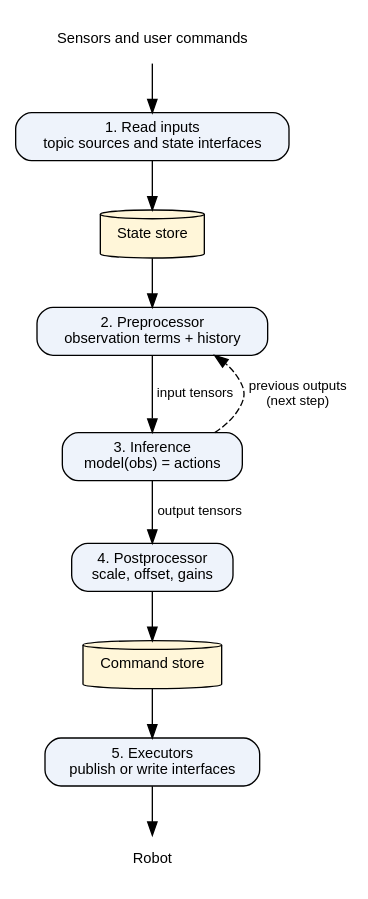
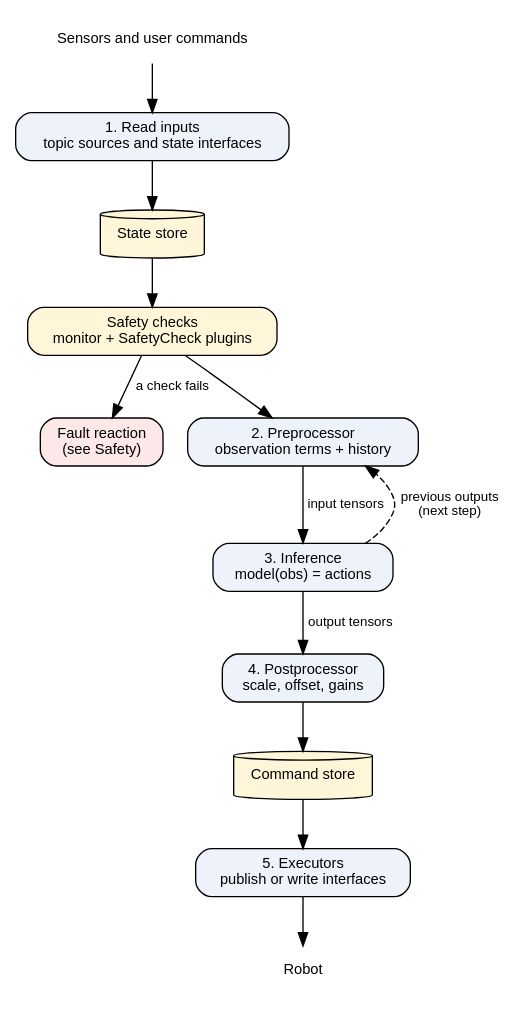
Before and after one commit to saikishor/ros2_policy_framework: the diagram in docs/data_flow.rst, drawn with Graphviz. The commit also changed other lines of this file and 6 other files, not shown here.

Commit message:
Document the safety parameters, the fault reactions of the node and what the controller lacks

```diff
--- a/docs/data_flow.rst
+++ b/docs/data_flow.rst
@@ -57,23 +57,26 @@
 .. graphviz::
 
    digraph step {
      rankdir=TB;
      node [shape=box, style="rounded,filled", fillcolor="#eef3fb", fontname="Helvetica", fontsize=11];
      edge [fontname="Helvetica", fontsize=10];
 
      sensors [label="Sensors and user commands", shape=plaintext, fillcolor=none];
      read [label="1. Read inputs\ntopic sources and state interfaces"];
      state [label="State store", shape=cylinder, fillcolor="#fff6d9"];
+     safety [label="Safety checks\nmonitor + SafetyCheck plugins", fillcolor="#fff6d9"];
+     fault [label="Fault reaction\n(see Safety)", fillcolor="#fde8e8"];
      pre [label="2. Preprocessor\nobservation terms + history"];
      inf [label="3. Inference\nmodel(obs) = actions"];
      post [label="4. Postprocessor\nscale, offset, gains"];
      commands [label="Command store", shape=cylinder, fillcolor="#fff6d9"];
      exec [label="5. Executors\npublish or write interfaces"];
      robot [label="Robot", shape=plaintext, fillcolor=none];
 
-     sensors -> read -> state -> pre;
+     sensors -> read -> state -> safety -> pre;
+     safety -> fault [label="a check fails"];
      pre -> inf [label="input tensors"];
      inf -> post [label="output tensors"];
      post -> commands -> exec -> robot;
      inf -> pre [label="previous outputs\n(next step)", style=dashed, constraint=false];
    }
```
